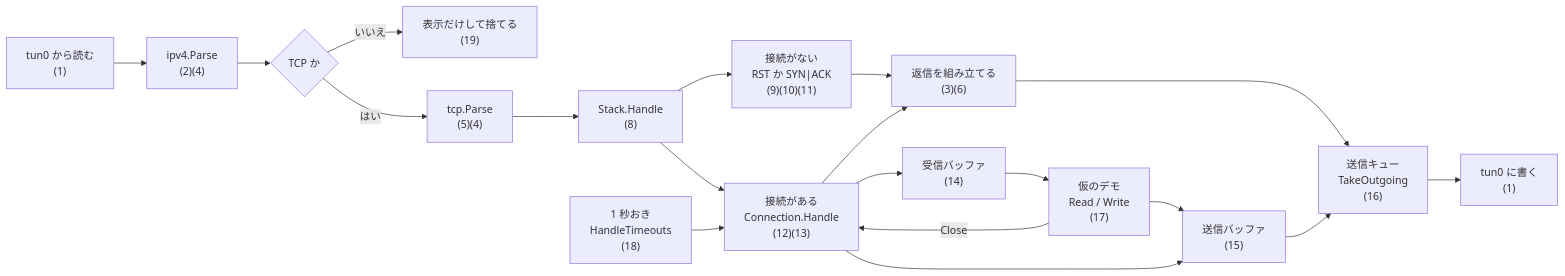
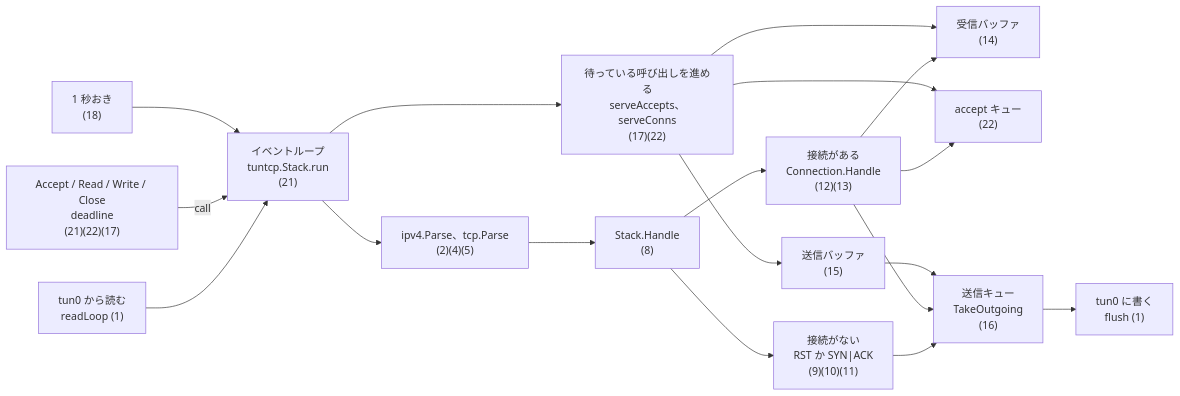
The diagram in docs/design.md (no2ca/go-tuntcp), drawn with Mermaid before and after one commit. The commit also changed other lines of this file and 10 other files, not shown here.

````diff
--- a/docs/design.md
+++ b/docs/design.md
@@ -16,21 +16,20 @@
 ```mermaid
 flowchart LR
-    tun_in["tun0 から読む<br/>(1)"] --> ip["ipv4.Parse<br/>(2)(4)"]
-    ip --> istcp{"TCP か"}
-    istcp -- いいえ --> skip["表示だけして捨てる<br/>(19)"]
-    istcp -- はい --> tcp["tcp.Parse<br/>(5)(4)"]
-    tcp --> stack["Stack.Handle<br/>(8)"]
+    tun_in["tun0 から読む<br/>readLoop (1)"] --> loop
+    api["Accept / Read / Write / Close<br/>deadline<br/>(21)(22)(17)"] -- "call" --> loop
+    tick["1 秒おき<br/>(18)"] --> loop
+    loop["イベントループ<br/>tuntcp.Stack.run<br/>(21)"] --> ip["ipv4.Parse、tcp.Parse<br/>(2)(4)(5)"]
+    ip --> stack["Stack.Handle<br/>(8)"]
     stack --> noconn["接続がない<br/>RST か SYN|ACK<br/>(9)(10)(11)"]
     stack --> conn["接続がある<br/>Connection.Handle<br/>(12)(13)"]
-    noconn --> build["返信を組み立てる<br/>(3)(6)"]
-    conn --> build
     conn --> rcvbuf["受信バッファ<br/>(14)"]
-    rcvbuf --> demo["仮のデモ<br/>Read / Write<br/>(17)"]
-    demo --> sndbuf["送信バッファ<br/>(15)"]
-    conn --> sndbuf
-    build --> queue["送信キュー<br/>TakeOutgoing<br/>(16)"]
+    conn --> acceptq["accept キュー<br/>(22)"]
+    loop --> serve["待っている呼び出しを進める<br/>serveAccepts、serveConns<br/>(17)(22)"]
+    serve --> rcvbuf
+    serve --> acceptq
+    serve --> sndbuf["送信バッファ<br/>(15)"]
+    noconn --> queue["送信キュー<br/>TakeOutgoing<br/>(16)"]
+    conn --> queue
     sndbuf --> queue
-    queue --> tun_out["tun0 に書く<br/>(1)"]
-    demo -- "Close" --> conn
-    tick["1 秒おき<br/>HandleTimeouts<br/>(18)"] --> conn
+    queue --> tun_out["tun0 に書く<br/>flush (1)"]
 ```
````
